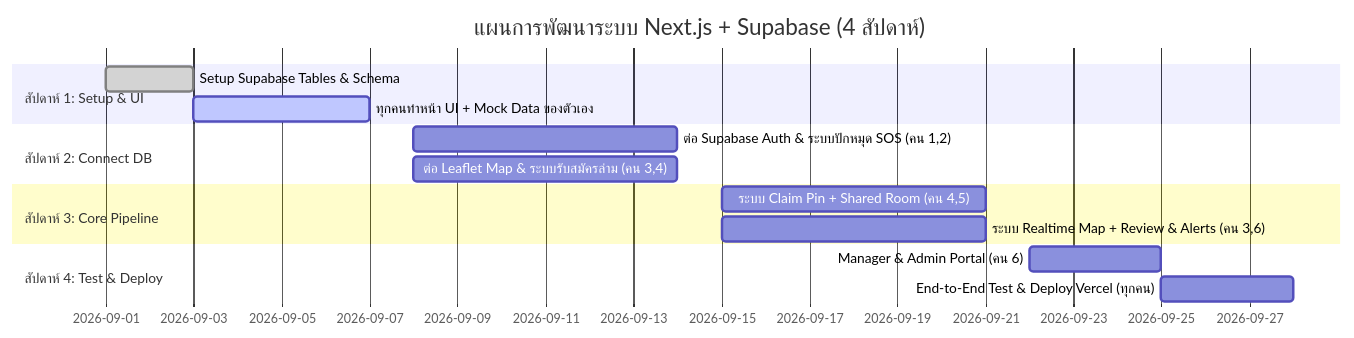
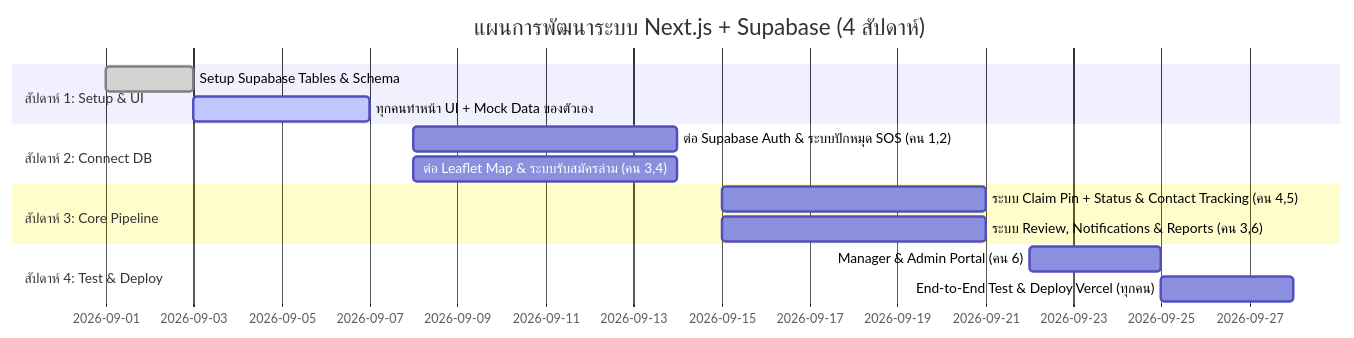
One commit to OnisawanO/khvi-helper changed the third of 3 diagrams in detail.md. Above: the diagram before and after it, drawn with Mermaid. The commit also changed other lines of this file and 37 other files, not shown here.

````diff
--- a/detail.md
+++ b/detail.md
@@ -305,17 +379,17 @@
 ```mermaid
 gantt
     title แผนการพัฒนาระบบ Next.js + Supabase (4 สัปดาห์)
     dateFormat  YYYY-MM-DD
     section สัปดาห์ 1: Setup & UI
     Setup Supabase Tables & Schema          :done,    des1, 2026-09-01, 2026-09-03
     ทุกคนทำหน้า UI + Mock Data ของตัวเอง      :active,  des2, 2026-09-03, 2026-09-07
     section สัปดาห์ 2: Connect DB
     ต่อ Supabase Auth & ระบบปักหมุด SOS (คน 1,2) :         des3, 2026-09-08, 2026-09-14
     ต่อ Leaflet Map & ระบบรับสมัครล่าม (คน 3,4)   :         des4, 2026-09-08, 2026-09-14
     section สัปดาห์ 3: Core Pipeline
-    ระบบ Claim Pin + Shared Room (คน 4,5)   :         des5, 2026-09-15, 2026-09-21
-    ระบบ Realtime Map + Review & Alerts (คน 3,6):     des6, 2026-09-15, 2026-09-21
+    ระบบ Claim Pin + Status & Contact Tracking (คน 4,5)   :         des5, 2026-09-15, 2026-09-21
+    ระบบ Review, Notifications & Reports (คน 3,6):     des6, 2026-09-15, 2026-09-21
     section สัปดาห์ 4: Test & Deploy
     Manager & Admin Portal (คน 6)            :         des7, 2026-09-22, 2026-09-25
     End-to-End Test & Deploy Vercel (ทุกคน)  :         des8, 2026-09-25, 2026-09-28
 ```
````
